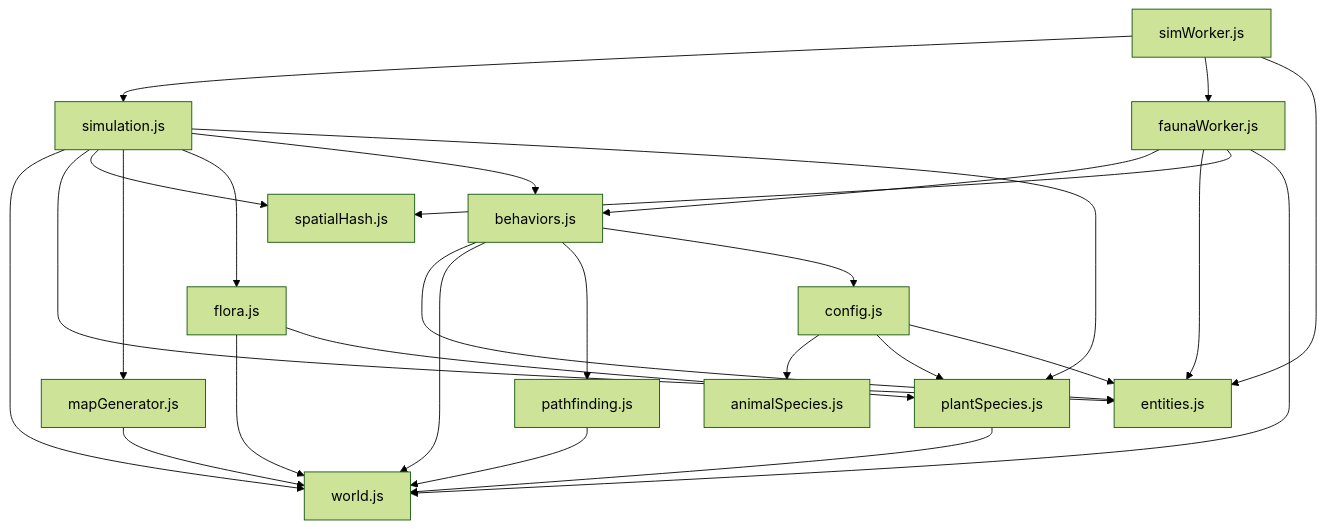
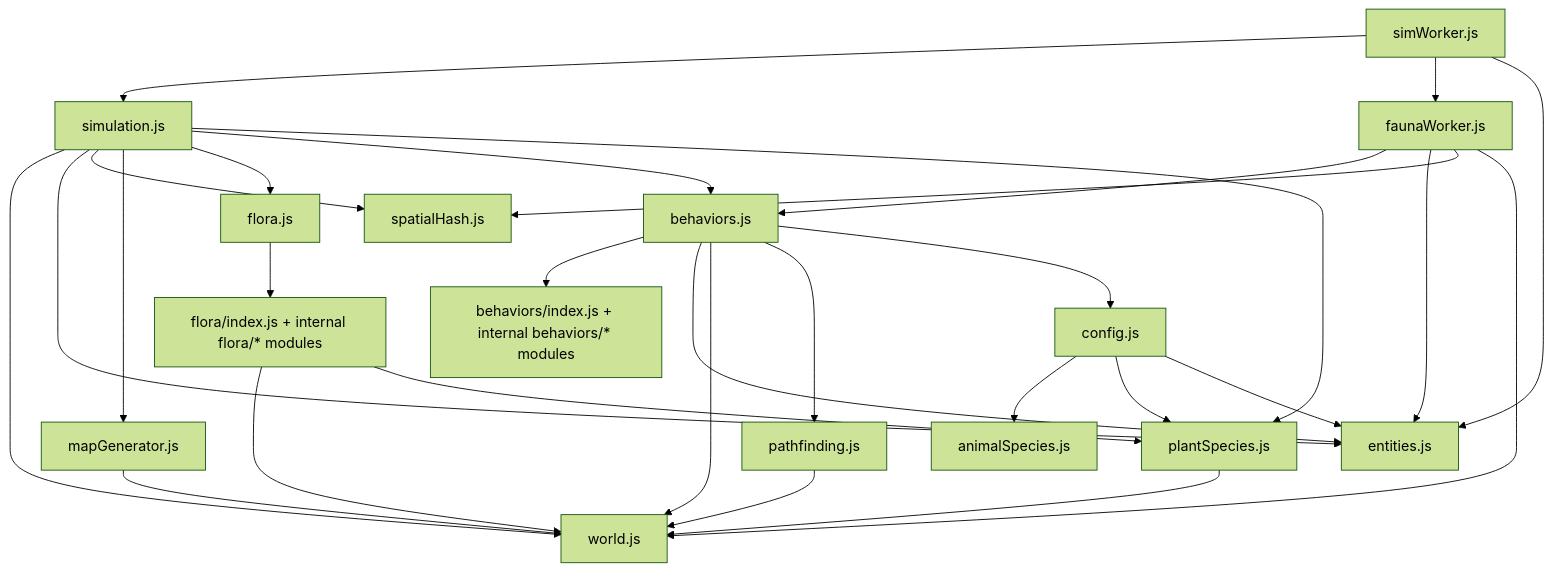
The second of 2 diagrams in docs/engine/algorithms.md (andrenepomuceno/BiomeSimulator), drawn with Mermaid (forest theme) before and after one commit. The commit also changed 11 other files, not shown here.

Commit message:
refactor flora engine into internal modules behind stable facade

````diff
--- a/docs/engine/algorithms.md
+++ b/docs/engine/algorithms.md
@@ -104,36 +104,39 @@
 ```mermaid
 graph TD
     config["config.js"] --> animalSpecies["animalSpecies.js"]
     config --> plantSpecies["plantSpecies.js"]
     config --> entities["entities.js"]
 
     simulation["simulation.js"]
     simulation --> world["world.js"]
     simulation --> entities
     simulation --> spatialHash["spatialHash.js"]
     simulation --> mapGenerator["mapGenerator.js"]
     simulation --> flora["flora.js"]
     simulation --> behaviors["behaviors.js"]
     simulation --> plantSpecies
 
+    flora --> floraModules["flora/index.js + internal flora/* modules"]
+    behaviors --> behaviorModules["behaviors/index.js + internal behaviors/* modules"]
+
     behaviors --> entities
     behaviors --> world
     behaviors --> pathfinding["pathfinding.js"]
     behaviors --> config
 
-    flora --> world
-    flora --> plantSpecies
+    floraModules --> world
+    floraModules --> plantSpecies
 
     simWorker["simWorker.js"] --> simulation
     simWorker --> faunaWorker["faunaWorker.js"]
     simWorker --> entities
 
     faunaWorker --> behaviors
     faunaWorker --> entities
     faunaWorker --> spatialHash
     faunaWorker --> world
 
     mapGenerator --> world
     pathfinding --> world
     plantSpecies --> world
 ```
````
